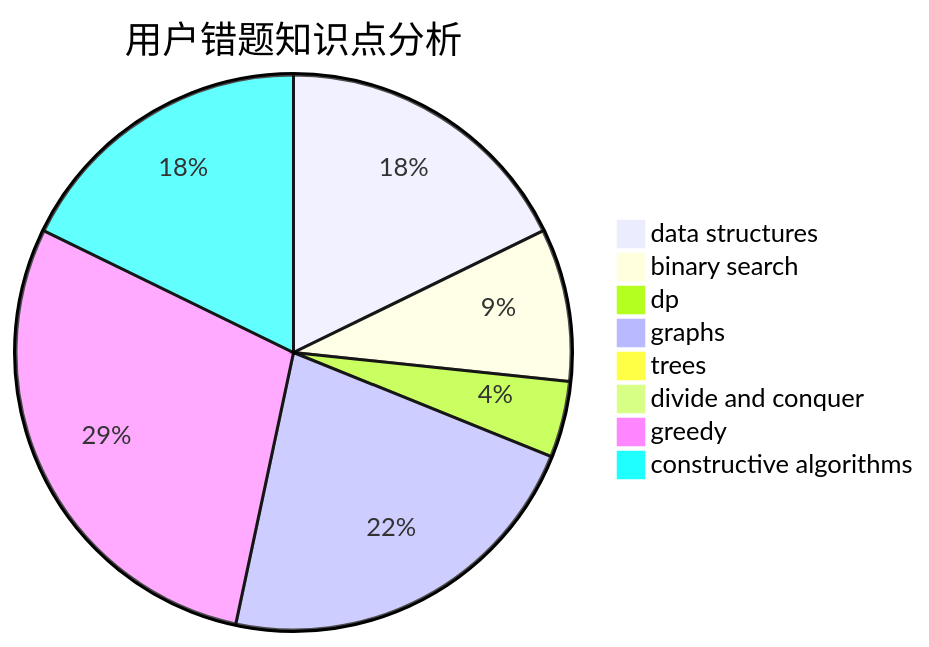
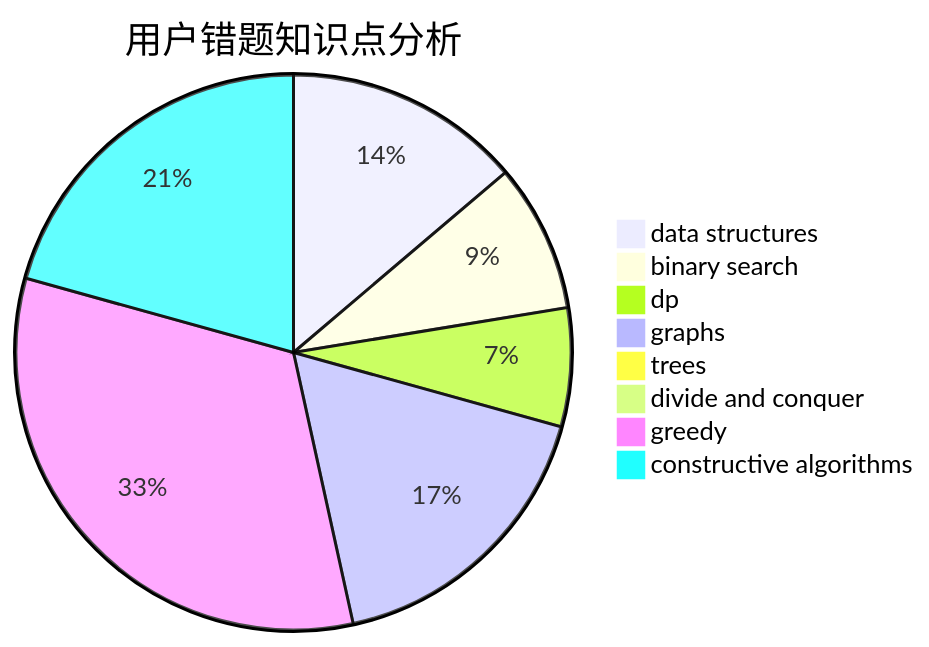
Before and after one commit to sherpahu/cfrs.github.io: the third of 3 diagrams in docs/user/u293.md, drawn with Mermaid. The commit also changed other lines of this file and 2770 other files, not shown here.

````diff
--- a/docs/user/u293.md
+++ b/docs/user/u293.md
@@ -36,11 +36,11 @@
 ```mermaid
 pie title 用户错题知识点分析
     "data structures" :  8
-    "binary search" :  4
-    "dp" :  2
+    "binary search" :  5
+    "dp" :  4
     "graphs" :  10
     "trees" :  0
     "divide and conquer" :  0
-    "greedy" :  13
-    "constructive algorithms" :  8
+    "greedy" :  19
+    "constructive algorithms" :  12
 ```
````
